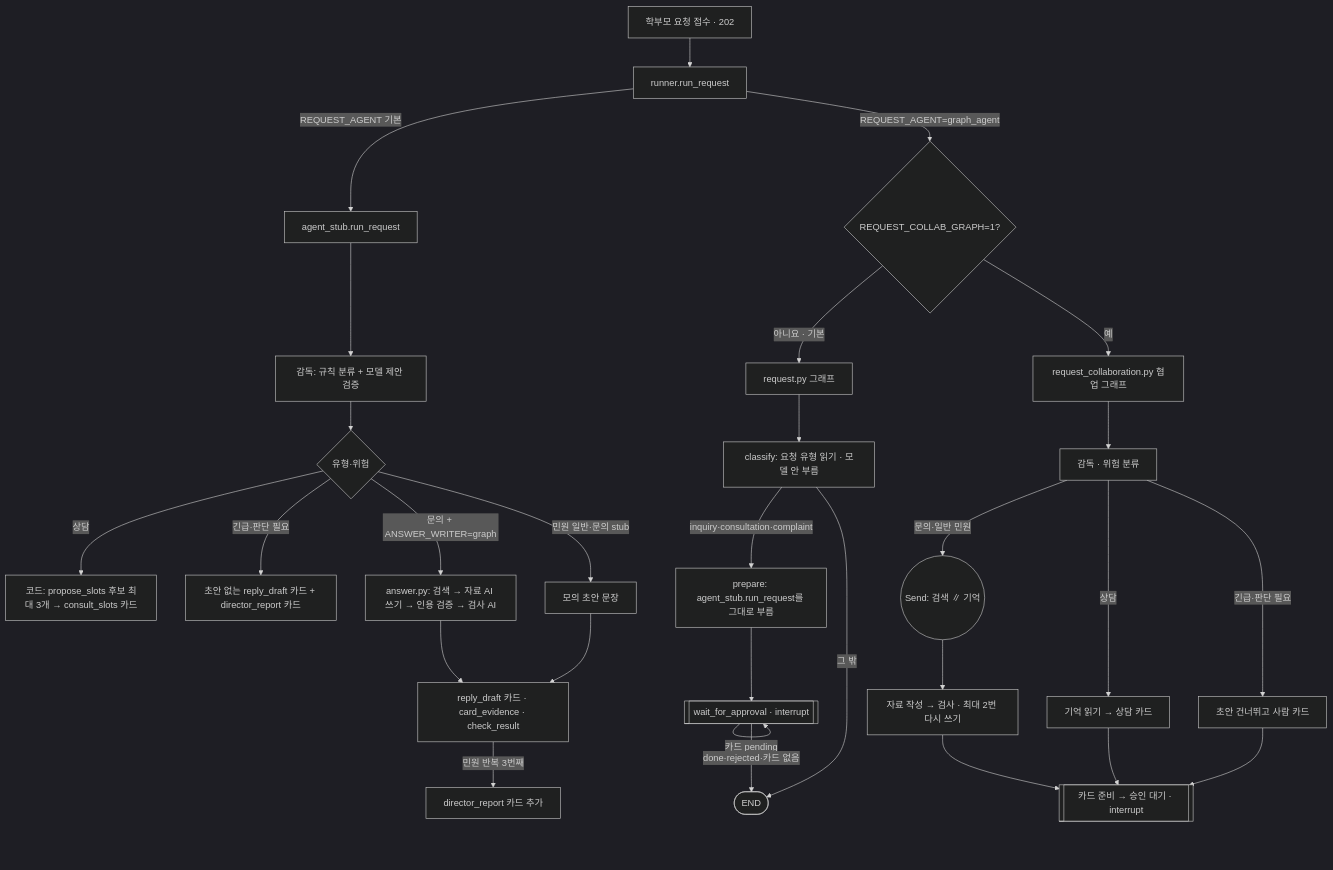
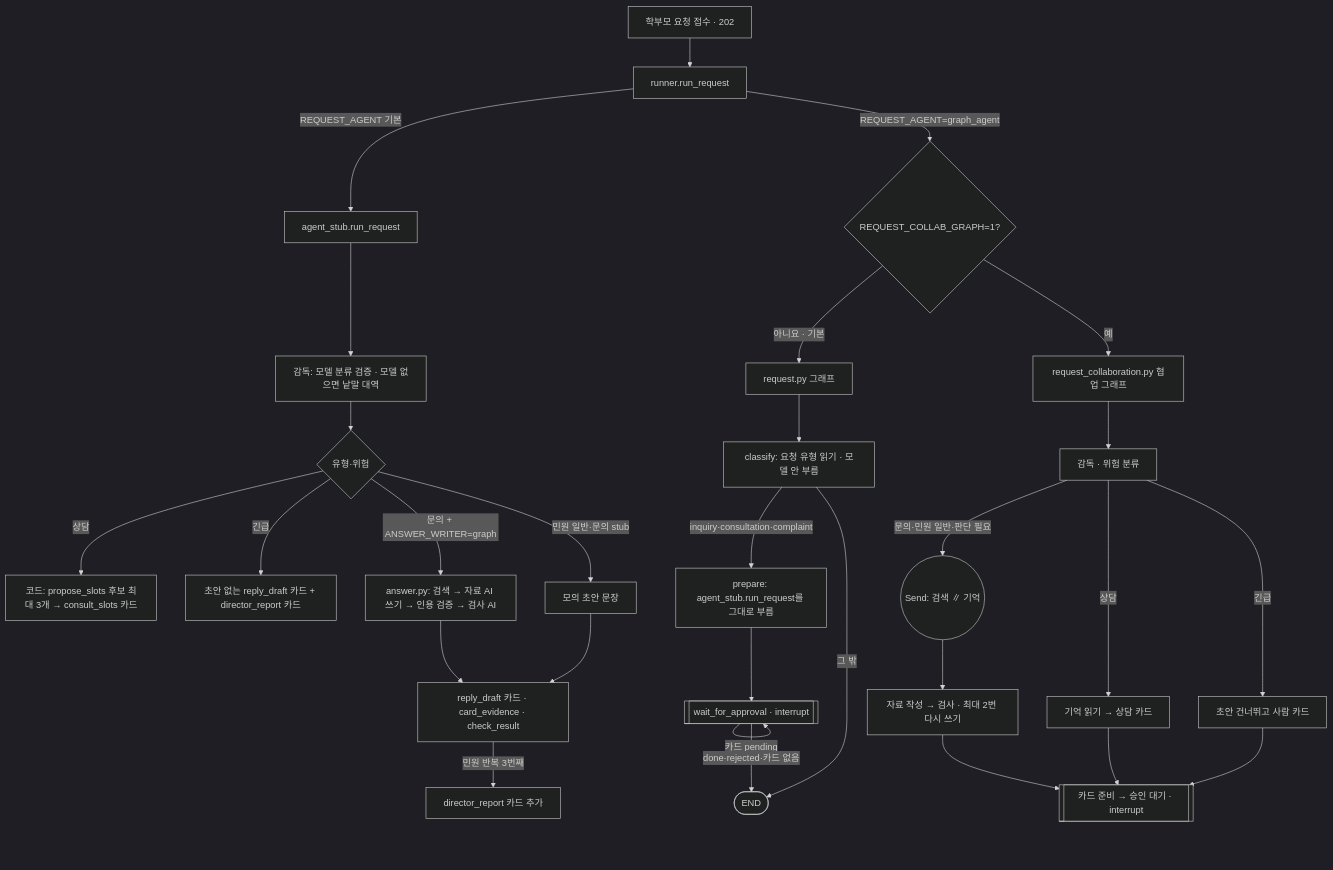
Before and after one commit to aio-final-2team/FinalProject_2Team: the first of 5 diagrams in Docs/Step3/T47_멀티에이전트_협업_아키텍처_설계서.md, drawn with Mermaid (dark theme). The commit also changed other lines of this file and 28 other files, not shown here.

````diff
--- a/Docs/Step3/T47_멀티에이전트_협업_아키텍처_설계서.md
+++ b/Docs/Step3/T47_멀티에이전트_협업_아키텍처_설계서.md
@@ -46,31 +46,31 @@
 ```mermaid
 flowchart TD
     A[학부모 요청 접수 · 202] --> R[runner.run_request]
     R -->|REQUEST_AGENT 기본| S[agent_stub.run_request]
     R -->|REQUEST_AGENT=graph_agent| SEL{REQUEST_COLLAB_GRAPH=1?}
     SEL -->|아니요 · 기본| G[request.py 그래프]
     SEL -->|예| CG[request_collaboration.py 협업 그래프]
     CG --> CS[감독 · 위험 분류]
-    CS -->|문의·일반 민원| FAN((Send: 검색 ∥ 기억))
+    CS -->|문의·민원 일반·판단 필요| FAN((Send: 검색 ∥ 기억))
     FAN --> CW[자료 작성 → 검사 · 최대 2번 다시 쓰기]
     CS -->|상담| CM[기억 읽기 → 상담 카드]
-    CS -->|긴급·판단 필요| CC[초안 건너뛰고 사람 카드]
+    CS -->|긴급| CC[초안 건너뛰고 사람 카드]
     CW --> CA[[카드 준비 → 승인 대기 · interrupt]]
     CM --> CA
     CC --> CA
     G --> GC[classify: 요청 유형 읽기 · 모델 안 부름]
     GC -->|inquiry·consultation·complaint| GP[prepare: agent_stub.run_request를 그대로 부름]
     GC -->|그 밖| E([END])
     GP --> GW[[wait_for_approval · interrupt]]
     GW -->|카드 pending| GW
     GW -->|done·rejected·카드 없음| E
-    S --> SV[감독: 규칙 분류 + 모델 제안 검증]
+    S --> SV[감독: 모델 분류 검증 · 모델 없으면 낱말 대역]
     SV --> D{유형·위험}
     D -->|상담| SL[코드: propose_slots 후보 최대 3개 → consult_slots 카드]
-    D -->|긴급·판단 필요| HC[초안 없는 reply_draft 카드 + director_report 카드]
+    D -->|긴급| HC[초안 없는 reply_draft 카드 + director_report 카드]
     D -->|문의 + ANSWER_WRITER=graph| AN[answer.py: 검색 → 자료 AI 쓰기 → 인용 검증 → 검사 AI]
     D -->|민원 일반·문의 stub| MK[모의 초안 문장]
     AN --> C[reply_draft 카드 · card_evidence · check_result]
     MK --> C
     C -->|민원 반복 3번째| DR[director_report 카드 추가]
 ```
````
